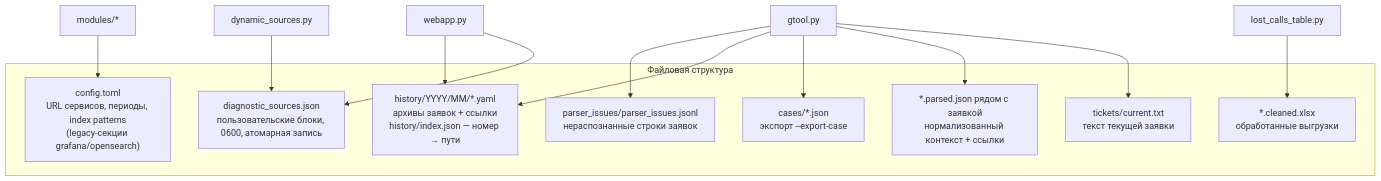
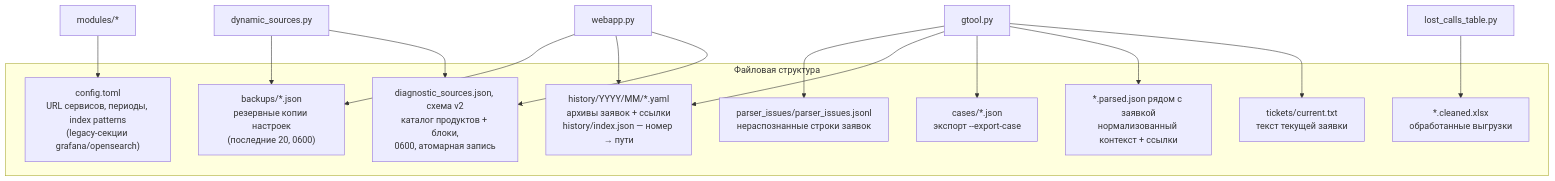
Before and after one commit to shifter1710/l2tool: the ninth of 11 diagrams in docs/ARCHITECTURE.md, drawn with Mermaid. The commit also changed other lines of this file and 15 other files, not shown here.

````diff
--- a/docs/ARCHITECTURE.md
+++ b/docs/ARCHITECTURE.md
@@ -308,24 +371,27 @@
 ```mermaid
 flowchart TB
     subgraph files["Файловая структура"]
         configtoml["config.toml<br/>URL сервисов, периоды, index patterns<br/>(legacy-секции grafana/opensearch)"]
-        dsjson["diagnostic_sources.json<br/>пользовательские блоки, 0600, атомарная запись"]
+        dsjson["diagnostic_sources.json, схема v2<br/>каталог продуктов + блоки,<br/>0600, атомарная запись"]
+        backupsdir["backups/*.json<br/>резервные копии настроек<br/>(последние 20, 0600)"]
         tickets["tickets/current.txt<br/>текст текущей заявки"]
         sidecar["*.parsed.json рядом с заявкой<br/>нормализованный контекст + ссылки"]
         cases["cases/*.json<br/>экспорт --export-case"]
         histdir["history/YYYY/MM/*.yaml<br/>архивы заявок + ссылки<br/>history/index.json — номер → пути"]
         pissues["parser_issues/parser_issues.jsonl<br/>нераспознанные строки заявок"]
         cleaned["*.cleaned.xlsx<br/>обработанные выгрузки"]
     end
 
     gtoolCli["gtool.py"] --> tickets
     gtoolCli --> sidecar
     gtoolCli --> cases
     gtoolCli --> histdir
     gtoolCli --> pissues
     webapp2["webapp.py"] --> dsjson
     webapp2 --> histdir
+    webapp2 --> backupsdir
     modules2["modules/*"] --> configtoml
     dynamic2["dynamic_sources.py"] --> dsjson
+    dynamic2 --> backupsdir
     lost2["lost_calls_table.py"] --> cleaned
 ```
````
